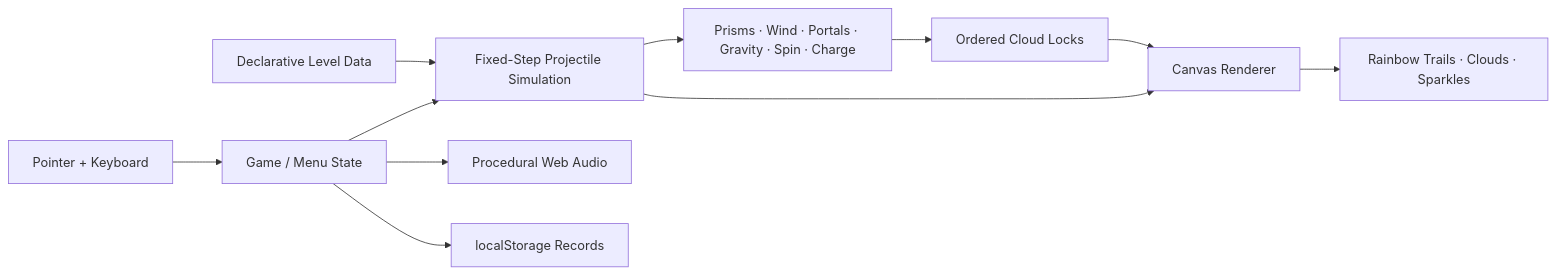
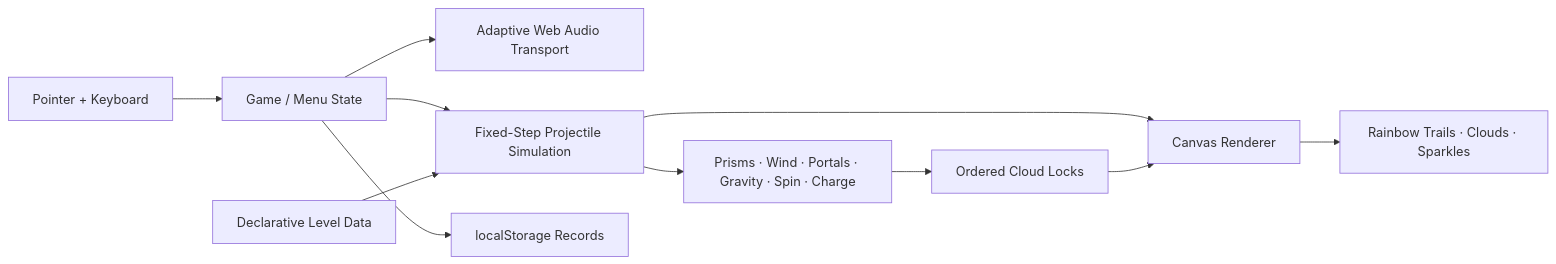
One commit to sidhulyalkar/uniRico changed the diagram in README.md. Above: the diagram before and after it, drawn with Mermaid. The commit also changed other lines of this file and 4 other files, not shown here.

````diff
--- a/README.md
+++ b/README.md
@@ -210,13 +163,13 @@
 ```mermaid
 flowchart LR
     Input[Pointer + Keyboard] --> State[Game / Menu State]
+    State --> Audio[Adaptive Web Audio Transport]
     State --> Sim[Fixed-Step Projectile Simulation]
     Levels[Declarative Level Data] --> Sim
     Sim --> Fields[Prisms · Wind · Portals · Gravity · Spin · Charge]
-    Fields --> Targets[Ordered Cloud Locks]
+    Fields --> Locks[Ordered Cloud Locks]
     Sim --> Render[Canvas Renderer]
-    Targets --> Render
+    Locks --> Render
     Render --> FX[Rainbow Trails · Clouds · Sparkles]
-    State --> Audio[Procedural Web Audio]
     State --> Save[localStorage Records]
 ```
````
